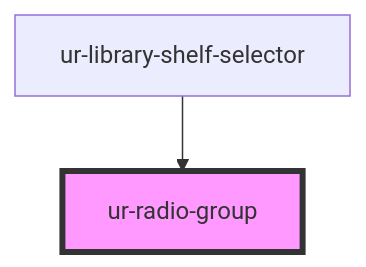
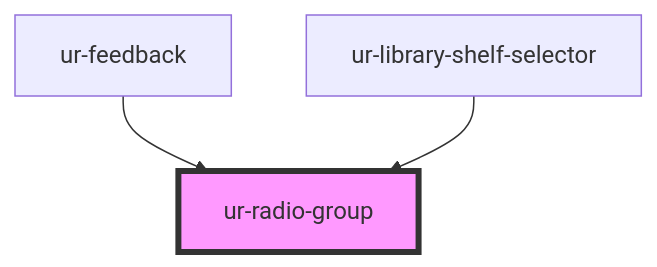
The diagram in src/components/ur-radio-group/readme.md (hellish/urnovl-web-components), drawn with Mermaid before and after one commit. The commit also changed other lines of this file and 22 other files, not shown here.

````diff
--- a/src/components/ur-radio-group/readme.md
+++ b/src/components/ur-radio-group/readme.md
@@ -55,5 +56,6 @@
 ```mermaid
 graph TD;
+  ur-feedback --> ur-radio-group
   ur-library-shelf-selector --> ur-radio-group
   style ur-radio-group fill:#f9f,stroke:#333,stroke-width:4px
 ```
````
